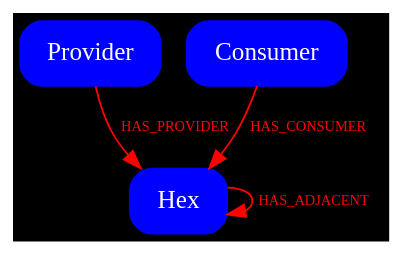
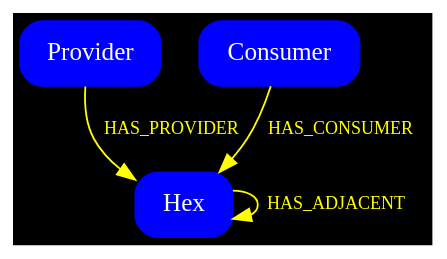
Before and after one commit to maguec/HexMatch: the diagram in docs/graph.dot, drawn with Graphviz. The commit also changed 1 other file, not shown here.

Commit message:
recolor diagram

```diff
--- a/docs/graph.dot
+++ b/docs/graph.dot
@@ -1,14 +1,14 @@
 digraph diag {
   node [shape=Mrecord, color=Blue, fillcolor=Blue, style=filled, fontcolor=white];
-  edge [fontcolor=red, color=red,fontsize=8];
+  edge [fontcolor=yellow, color=yellow,fontsize=10];
   bgcolor=black;
   nodesep=0.2;
 
   Provider [label="Provider"];
   Consumer [label="Consumer"];
   Hex [label="Hex"];
 
   Provider -> Hex [label=HAS_PROVIDER];
   Consumer -> Hex [label=HAS_CONSUMER];
   Hex -> Hex [label=HAS_ADJACENT];
 }
```
